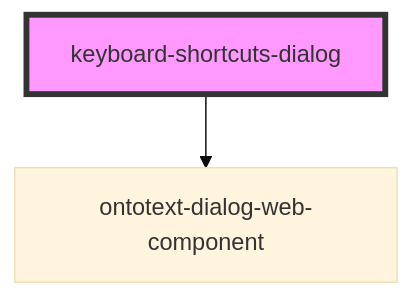
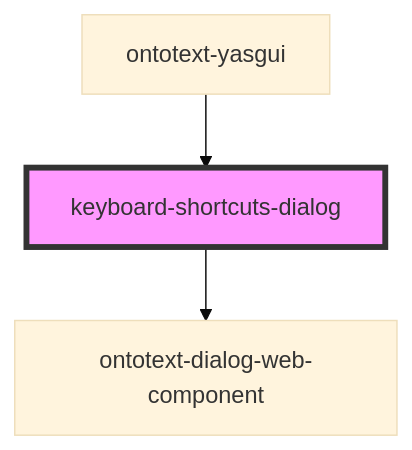
The diagram in ontotext-yasgui-web-component/src/components/keyboard-shortcuts-dialog/readme.md (Ontotext-AD/ontotext-yasgui), drawn with Mermaid (base theme) before and after one commit. The commit also changed other lines of this file and 20 other files, not shown here.

First line of the commit message:
GDB-12994 - introduce shortcut dialog changes in the yasgui web component part of the project

````diff
--- a/ontotext-yasgui-web-component/src/components/keyboard-shortcuts-dialog/readme.md
+++ b/ontotext-yasgui-web-component/src/components/keyboard-shortcuts-dialog/readme.md
@@ -23,5 +35,6 @@
 ```mermaid
 graph TD;
   keyboard-shortcuts-dialog --> ontotext-dialog-web-component
+  ontotext-yasgui --> keyboard-shortcuts-dialog
   style keyboard-shortcuts-dialog fill:#f9f,stroke:#333,stroke-width:4px
 ```
````
